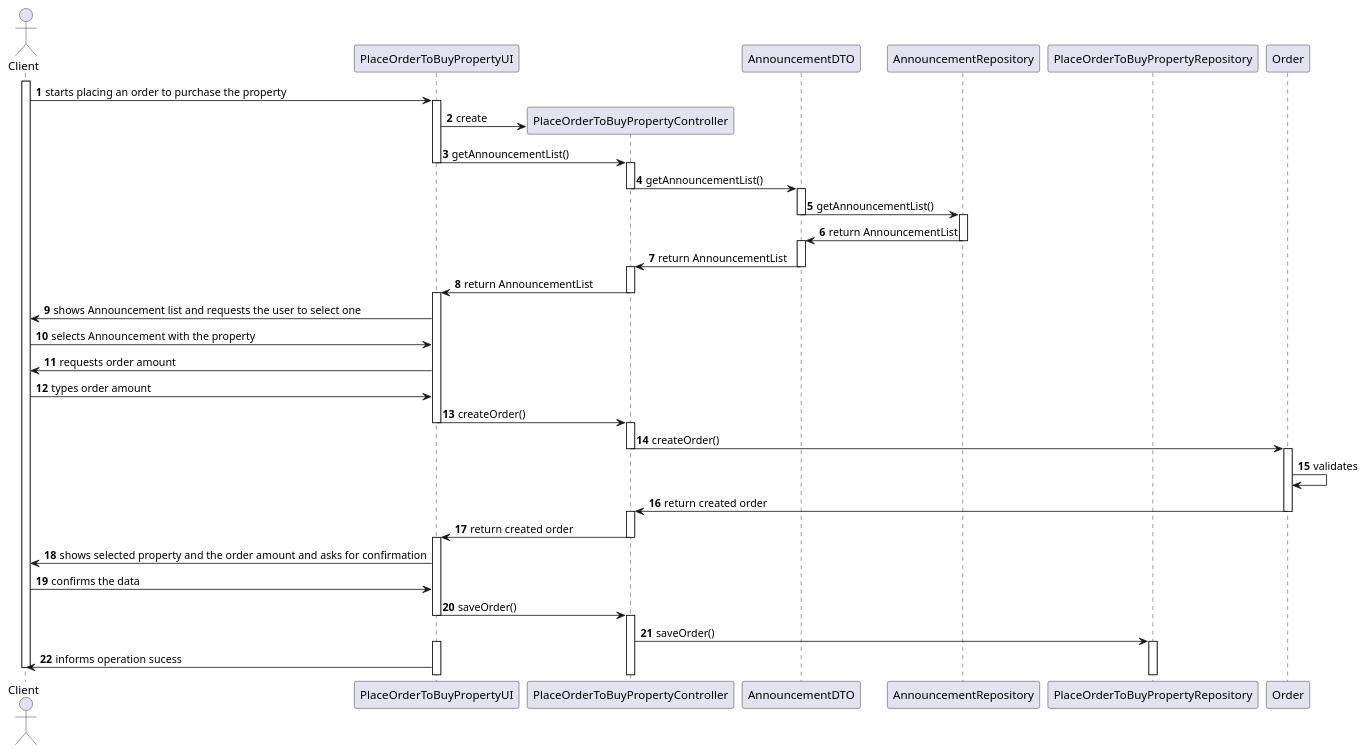
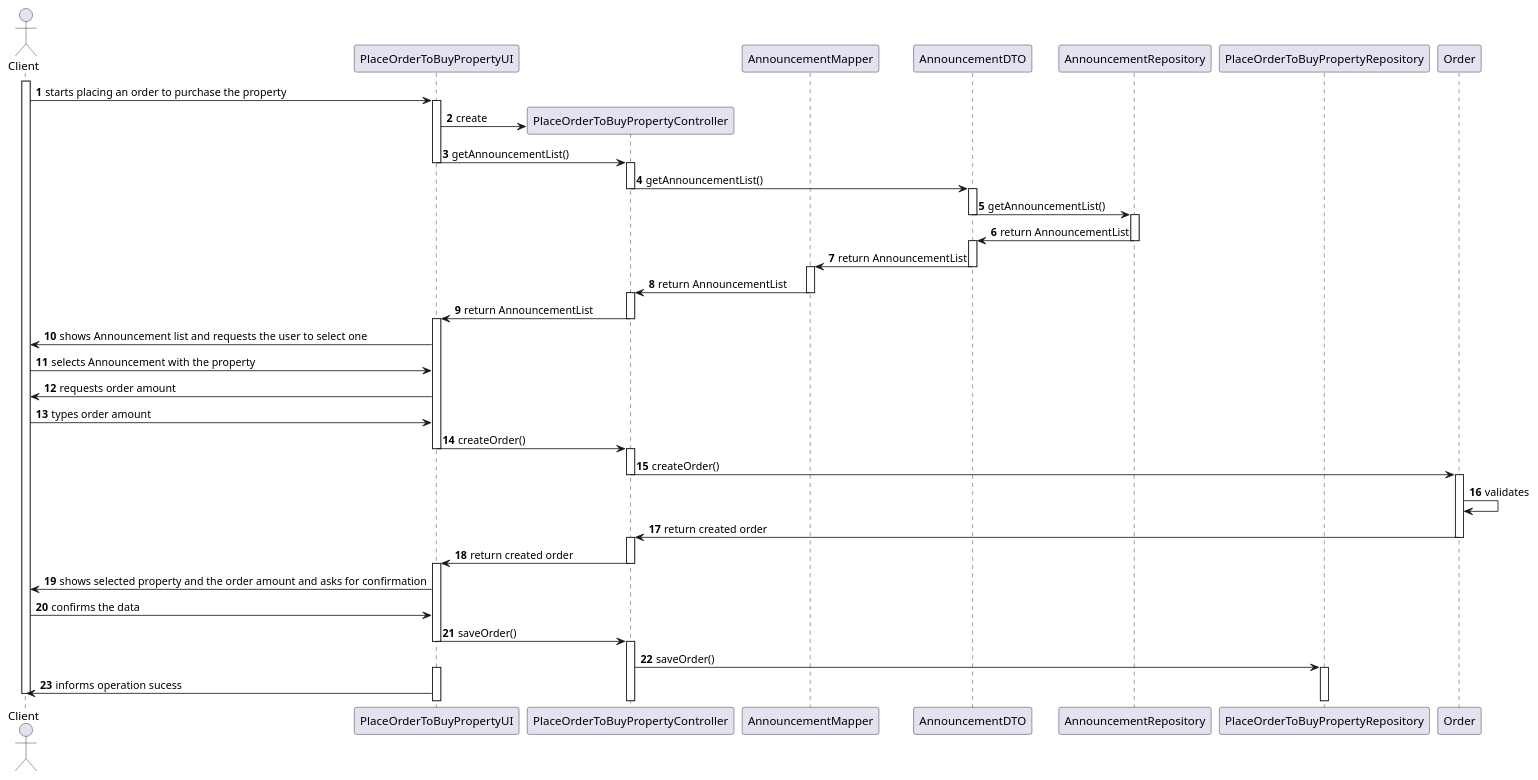
One commit to tiagohcorreia/LAPR2 changed the diagram in docs/sprintC/US010/03.design/puml/SD.puml. Above: the diagram before and after it, drawn with PlantUML. The commit also changed 7 other files, not shown here.

Commit message:
US010 - Class and Sequence diagrams updated

```diff
--- a/docs/sprintC/US010/03.design/puml/SD.puml
+++ b/docs/sprintC/US010/03.design/puml/SD.puml
@@ -1,114 +1,121 @@
 @startuml
 
 autonumber
 
 actor Client as client
 participant PlaceOrderToBuyPropertyUI as ui
 participant PlaceOrderToBuyPropertyController as ctr
+participant AnnouncementMapper
 participant AnnouncementDTO
 participant AnnouncementRepository
 participant PlaceOrderToBuyPropertyRepository
 participant Order as order
 
 autonumber
 
 activate client
 
 client -> ui: starts placing an order to purchase the property
 
 activate ui
 
 ui -> ctr** : create
 
 ui -> ctr: getAnnouncementList()
 
 deactivate ui
 
 activate ctr
 
 ctr -> AnnouncementDTO: getAnnouncementList()
 
 deactivate ctr
 
 activate AnnouncementDTO
 
 AnnouncementDTO -> AnnouncementRepository: getAnnouncementList()
 
 deactivate AnnouncementDTO
 
 activate AnnouncementRepository
 
 AnnouncementRepository -> AnnouncementDTO: return AnnouncementList
 
 deactivate AnnouncementRepository
 
 activate AnnouncementDTO
 
-AnnouncementDTO -> ctr:  return AnnouncementList
+AnnouncementDTO -> AnnouncementMapper: return AnnouncementList
 
 deactivate AnnouncementDTO
+
+activate AnnouncementMapper
+
+AnnouncementMapper -> ctr:  return AnnouncementList
+
+deactivate AnnouncementMapper
 
 activate ctr
 
 ctr -> ui: return AnnouncementList
 
 deactivate ctr
 
 activate ui
 
 ui -> client: shows Announcement list and requests the user to select one
 
 client -> ui: selects Announcement with the property
 
 ui -> client: requests order amount
 
 client -> ui: types order amount
 
 ui -> ctr: createOrder()
 
 deactivate ui
 
 activate ctr
 
 ctr -> order: createOrder()
 
 deactivate ctr
 
 activate order
 
 order -> order: validates
 
 order -> ctr: return created order
 
 deactivate order
 
 activate ctr
 
 ctr -> ui: return created order
 
 deactivate ctr
 
 activate ui
 
 ui -> client: shows selected property and the order amount and asks for confirmation
 
 client -> ui: confirms the data
 
 ui -> ctr: saveOrder()
 
 deactivate ui
 
 activate ctr
 
 ctr -> PlaceOrderToBuyPropertyRepository: saveOrder()
 
 activate PlaceOrderToBuyPropertyRepository
 
 activate ui
 
 ui -> client: informs operation sucess
 
 
 deactivate client
 
 @enduml
```
